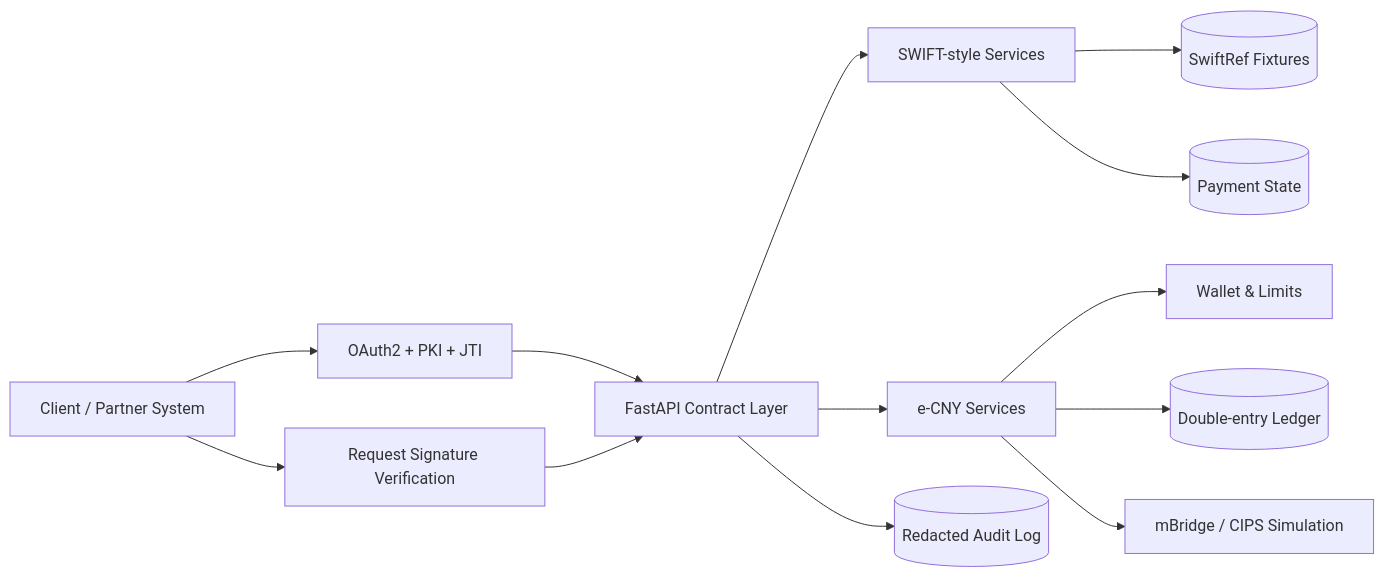
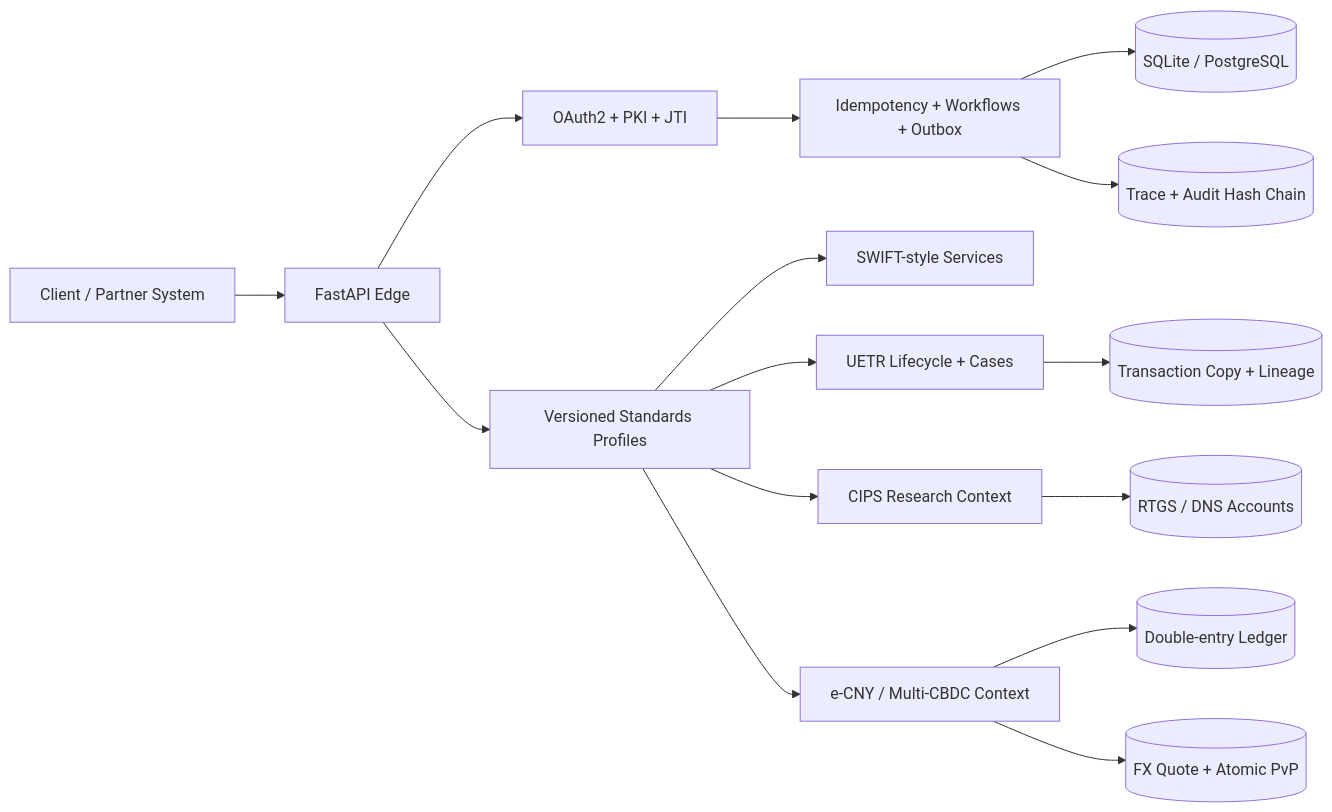
The diagram in README.md (24373054/00SWIFT), drawn with Mermaid before and after one commit. The commit also changed other lines of this file and 14 other files, not shown here.

First line of the commit message:
feat(v3): complete the standards-driven cross-border payment platform

````diff
--- a/README.md
+++ b/README.md
@@ -47,15 +63,20 @@
 ```mermaid
 flowchart LR
-    Client[Client / Partner System] --> Auth[OAuth2 + PKI + JTI]
-    Client --> Sig[Request Signature Verification]
-    Auth --> API[FastAPI Contract Layer]
-    Sig --> API
-    API --> Swift[SWIFT-style Services]
-    API --> ECNY[e-CNY Services]
-    Swift --> Ref[(SwiftRef Fixtures)]
-    Swift --> Tracker[(Payment State)]
-    ECNY --> Wallet[Wallet & Limits]
-    ECNY --> Ledger[(Double-entry Ledger)]
-    ECNY --> Bridge[mBridge / CIPS Simulation]
-    API --> Audit[(Redacted Audit Log)]
+    Client[Client / Partner System] --> Edge[FastAPI Edge]
+    Edge --> Identity[OAuth2 + PKI + JTI]
+    Edge --> Standards[Versioned Standards Profiles]
+
+    Standards --> Swift[SWIFT-style Services]
+    Standards --> Lifecycle[UETR Lifecycle + Cases]
+    Standards --> CIPS[CIPS Research Context]
+    Standards --> CBDC[e-CNY / Multi-CBDC Context]
+
+    Lifecycle --> Copy[(Transaction Copy + Lineage)]
+    CIPS --> Settlement[(RTGS / DNS Accounts)]
+    CBDC --> Ledger[(Double-entry Ledger)]
+    CBDC --> PVP[(FX Quote + Atomic PvP)]
+
+    Identity --> Runtime[Idempotency + Workflows + Outbox]
+    Runtime --> Data[(SQLite / PostgreSQL)]
+    Runtime --> Audit[(Trace + Audit Hash Chain)]
 ```
````
